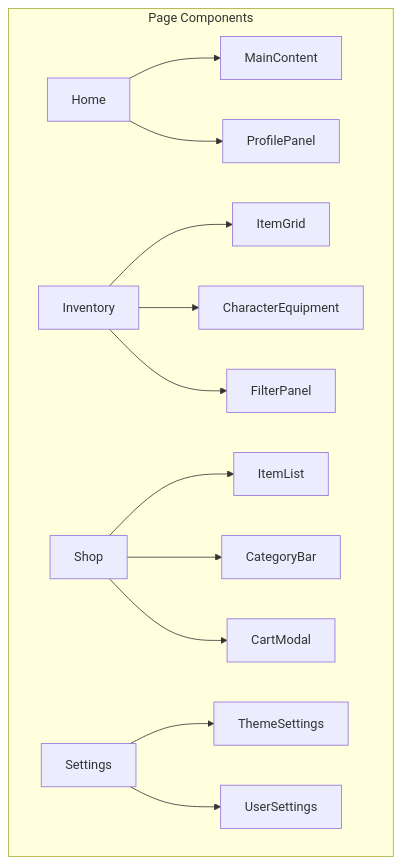
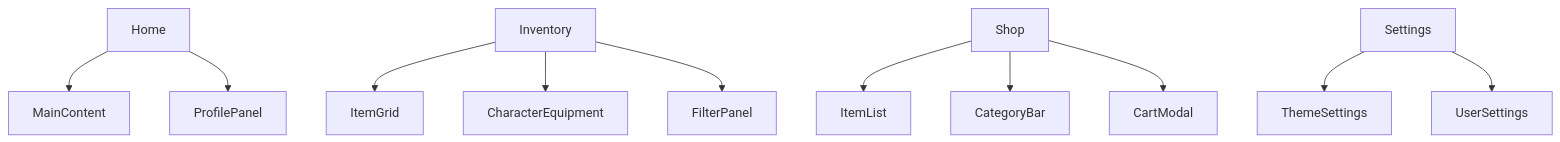
Before and after one commit to ma1iik/PlayerOne: the fifth of 20 diagrams in FRONTEND_ARCHITECTURE.md, drawn with Mermaid. The commit also changed other lines of this file, not shown here.

````diff
--- a/FRONTEND_ARCHITECTURE.md
+++ b/FRONTEND_ARCHITECTURE.md
@@ -156,18 +154,16 @@
 ```mermaid
 graph TB
-    subgraph "Page Components"
-        A[Home] --> B[MainContent]
-        A --> C[ProfilePanel]
-        
-        D[Inventory] --> E[ItemGrid]
-        D --> F[CharacterEquipment]
-        D --> G[FilterPanel]
-        
-        H[Shop] --> I[ItemList]
-        H --> J[CategoryBar]
-        H --> K[CartModal]
-        
-        L[Settings] --> M[ThemeSettings]
-        L --> N[UserSettings]
-    end
+    A[Home] --> B[MainContent]
+    A --> C[ProfilePanel]
+    
+    D[Inventory] --> E[ItemGrid]
+    D --> F[CharacterEquipment]
+    D --> G[FilterPanel]
+    
+    H[Shop] --> I[ItemList]
+    H --> J[CategoryBar]
+    H --> K[CartModal]
+    
+    L[Settings] --> M[ThemeSettings]
+    L --> N[UserSettings]
 ```
````
